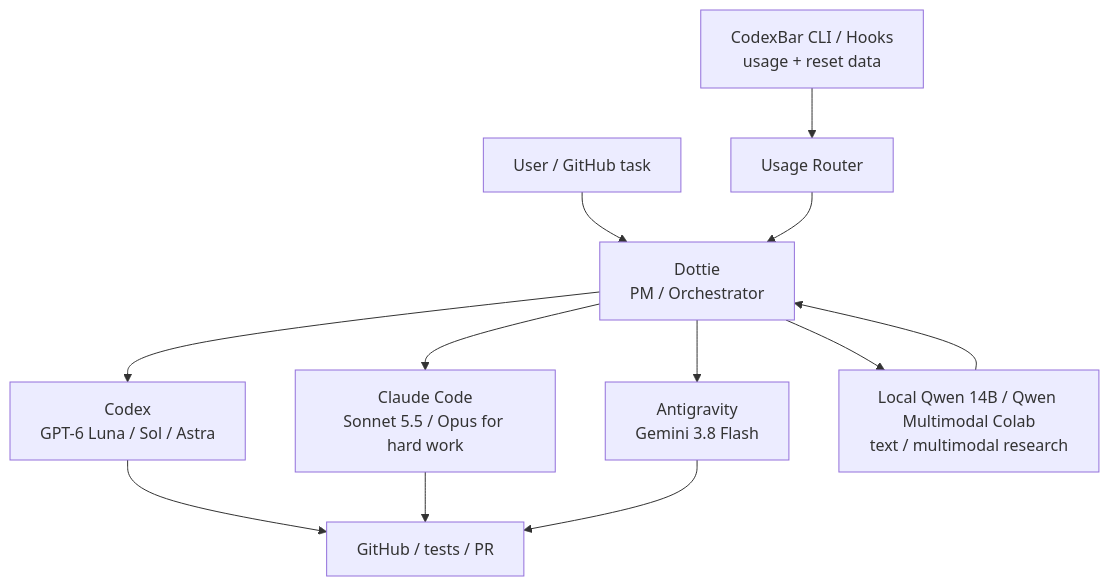
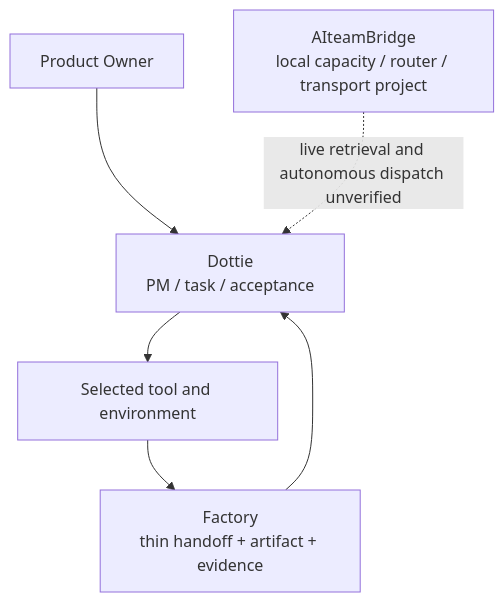
One commit to moruku36/multi-ai-workflow changed the diagram in docs/dots-codexbar-orchestration.md. Above: the diagram before and after it, drawn with Mermaid. The commit also changed other lines of this file and 18 other files, not shown here.

````diff
--- a/docs/dots-codexbar-orchestration.md
+++ b/docs/dots-codexbar-orchestration.md
@@ -18,16 +14,8 @@
 ```mermaid
 flowchart TD
-    U["User / GitHub task"] --> D["Dottie<br/>PM / Orchestrator"]
-    CB["CodexBar CLI / Hooks<br/>usage + reset data"] --> R["Usage Router"]
-    R --> D
-
-    D --> C["Codex<br/>GPT-6 Luna / Sol / Astra"]
-    D --> CL["Claude Code<br/>Sonnet 5.5 / Opus for hard work"]
-    D --> A["Antigravity<br/>Gemini 3.8 Flash"]
-    D --> Q["Local Qwen 14B / Qwen Multimodal Colab<br/>text / multimodal research"]
-
-    C --> G["GitHub / tests / PR"]
-    CL --> G
-    A --> G
-    Q --> D
+    U["Product Owner"] --> D["Dottie<br/>PM / task / acceptance"]
+    D --> A["Selected tool and environment"]
+    A --> F["Factory<br/>thin handoff + artifact + evidence"]
+    F --> D
+    B["AIteamBridge<br/>local capacity / router / transport project"] -. "live retrieval and autonomous dispatch unverified" .-> D
 ```
````
